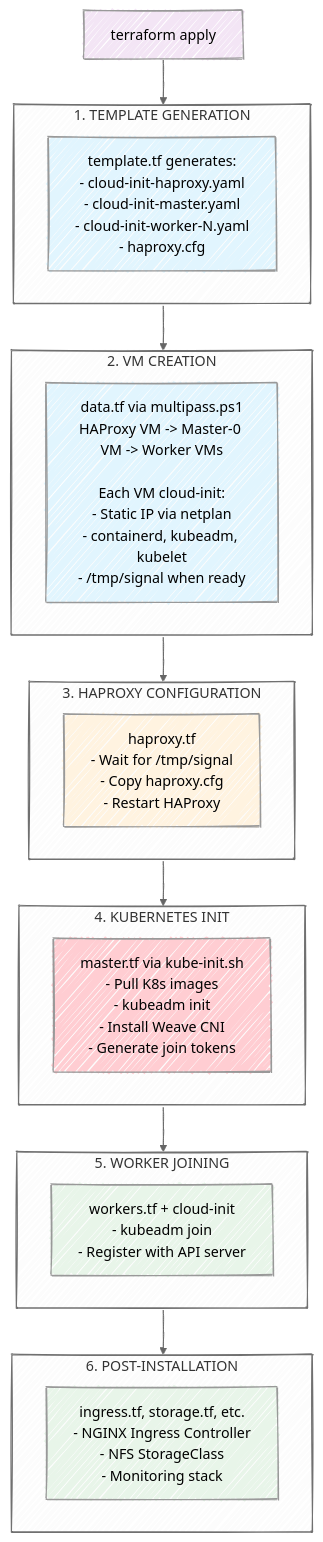
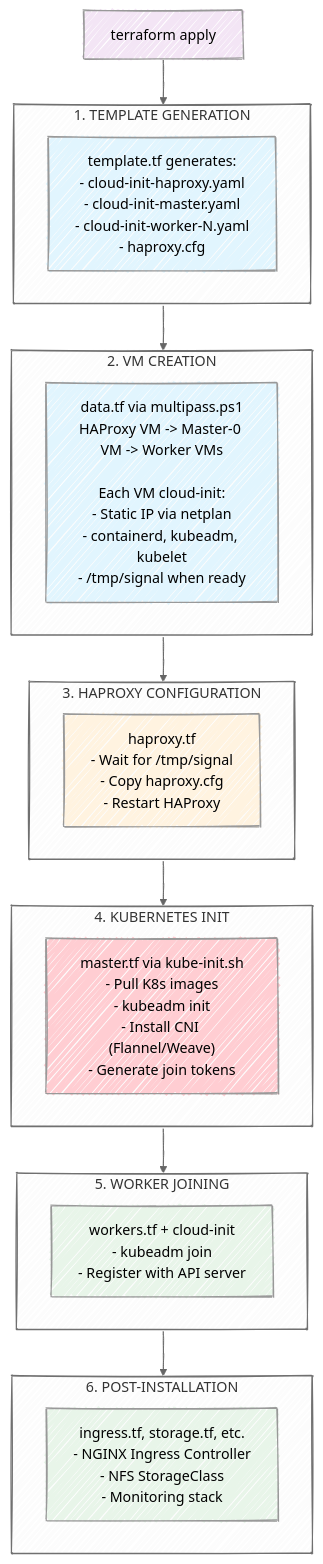
One commit to kse-bd8338bbe006/lab-env-setup changed the fourth of 5 diagrams in local-k8s/docs/k8s-conf.md. Above: the diagram before and after it, drawn with Mermaid. The commit also changed other lines of this file and 1 other file, not shown here.

````diff
--- a/local-k8s/docs/k8s-conf.md
+++ b/local-k8s/docs/k8s-conf.md
@@ -226,39 +228,39 @@
 ```mermaid
 %%{init: {"look": "handDrawn", "theme": "neutral"}}%%
 flowchart TB
     TF["terraform apply"]
 
     subgraph S1["1. TEMPLATE GENERATION"]
         T1["template.tf generates:<br/>- cloud-init-haproxy.yaml<br/>- cloud-init-master.yaml<br/>- cloud-init-worker-N.yaml<br/>- haproxy.cfg"]
     end
 
     subgraph S2["2. VM CREATION"]
         T2["data.tf via multipass.ps1<br/>HAProxy VM -> Master-0 VM -> Worker VMs<br/><br/>Each VM cloud-init:<br/>- Static IP via netplan<br/>- containerd, kubeadm, kubelet<br/>- /tmp/signal when ready"]
     end
 
     subgraph S3["3. HAPROXY CONFIGURATION"]
         T3["haproxy.tf<br/>- Wait for /tmp/signal<br/>- Copy haproxy.cfg<br/>- Restart HAProxy"]
     end
 
     subgraph S4["4. KUBERNETES INIT"]
-        T4["master.tf via kube-init.sh<br/>- Pull K8s images<br/>- kubeadm init<br/>- Install Weave CNI<br/>- Generate join tokens"]
+        T4["master.tf via kube-init.sh<br/>- Pull K8s images<br/>- kubeadm init<br/>- Install CNI (Flannel/Weave)<br/>- Generate join tokens"]
     end
 
     subgraph S5["5. WORKER JOINING"]
         T5["workers.tf + cloud-init<br/>- kubeadm join<br/>- Register with API server"]
     end
 
     subgraph S6["6. POST-INSTALLATION"]
         T6["ingress.tf, storage.tf, etc.<br/>- NGINX Ingress Controller<br/>- NFS StorageClass<br/>- Monitoring stack"]
     end
 
     TF --> S1 --> S2 --> S3 --> S4 --> S5 --> S6
 
     style TF fill:#f3e5f5
     style T1 fill:#e1f5fe
     style T2 fill:#e1f5fe
     style T3 fill:#fff3e0
     style T4 fill:#ffcdd2
     style T5 fill:#e8f5e9
     style T6 fill:#e8f5e9
 ```
````
